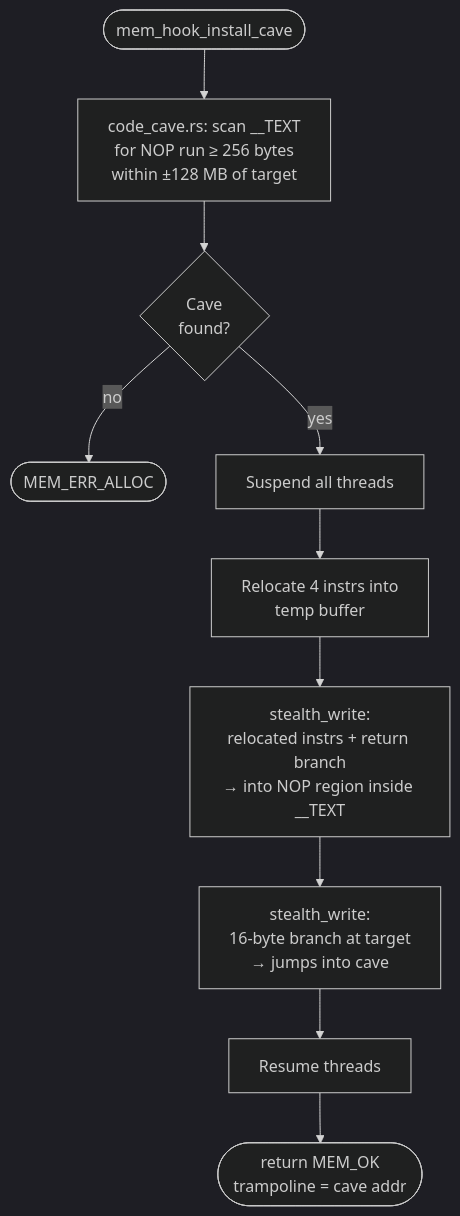
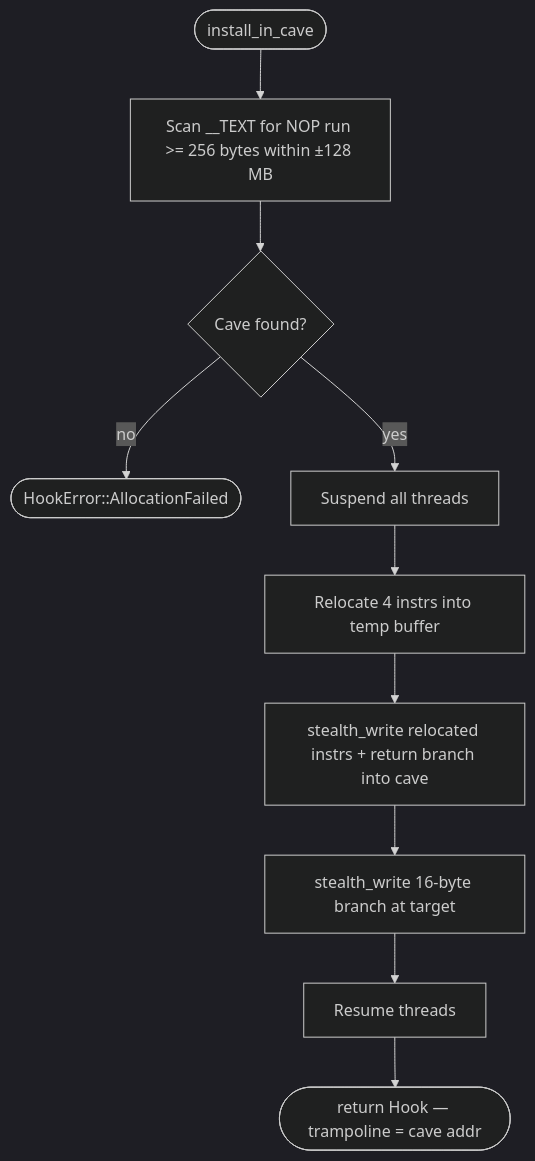
Before and after one commit to Batchhh/libspecter: the sixth of 20 diagrams in docs/architecture.md, drawn with Mermaid (dark theme). The commit also changed other lines of this file and 7 other files, not shown here.

````diff
--- a/docs/architecture.md
+++ b/docs/architecture.md
@@ -168,23 +170,23 @@
 ```mermaid
 flowchart TD
-    Start(["mem_hook_install_cave"])
-    ScanNOP["code_cave.rs: scan __TEXT<br/>for NOP run ≥ 256 bytes<br/>within ±128 MB of target"]
-    Found{"Cave<br/>found?"}
-    ErrAlloc(["MEM_ERR_ALLOC"])
-    Suspend["Suspend all threads"]
-    Relocate["Relocate 4 instrs into<br/>temp buffer"]
-    CaveWrite["stealth_write:<br/>relocated instrs + return branch<br/>→ into NOP region inside __TEXT"]
-    TargetWrite["stealth_write:<br/>16-byte branch at target<br/>→ jumps into cave"]
-    Resume["Resume threads"]
-    Done(["return MEM_OK<br/>trampoline = cave addr"])
+    Start([install_in_cave])
+    ScanNOP[Scan __TEXT for NOP run >= 256 bytes within ±128 MB]
+    Found{Cave found?}
+    ErrAlloc([HookError::AllocationFailed])
+    Suspend[Suspend all threads]
+    Relocate[Relocate 4 instrs into temp buffer]
+    CaveWrite[stealth_write relocated instrs + return branch into cave]
+    TargetWrite[stealth_write 16-byte branch at target]
+    Resume[Resume threads]
+    Done([return Hook — trampoline = cave addr])
 
     Start --> ScanNOP
     ScanNOP --> Found
     Found -->|no| ErrAlloc
     Found -->|yes| Suspend
     Suspend --> Relocate
     Relocate --> CaveWrite
     CaveWrite --> TargetWrite
     TargetWrite --> Resume
     Resume --> Done
 ```
````
